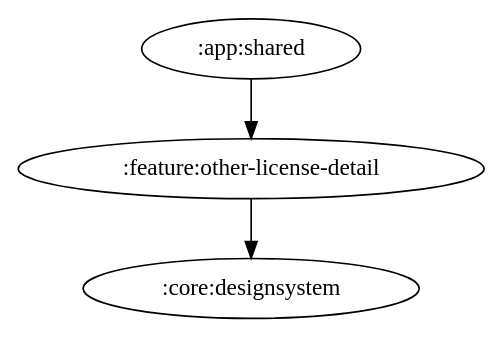
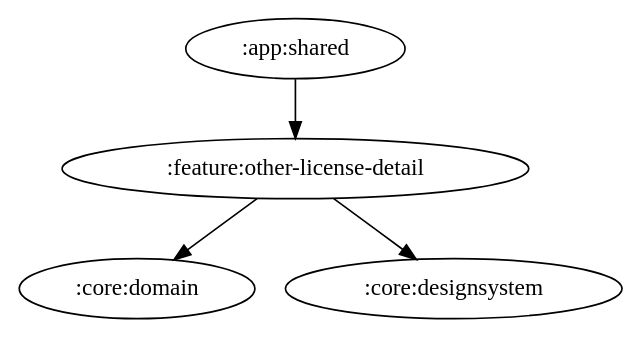
Before and after one commit to ai-kurou/KoDriver: the diagram in docs/graphs/feature-other-license-detail.gv, drawn with Graphviz. The commit also changed 5 other files, not shown here.

Commit message:
chore: update module graph images

```diff
--- a/docs/graphs/feature-other-license-detail.gv
+++ b/docs/graphs/feature-other-license-detail.gv
@@ -1,5 +1,6 @@
 digraph G {
   rankdir=TB
   ":app:shared" -> ":feature:other-license-detail"
+  ":feature:other-license-detail" -> ":core:domain"
   ":feature:other-license-detail" -> ":core:designsystem"
 }
```
